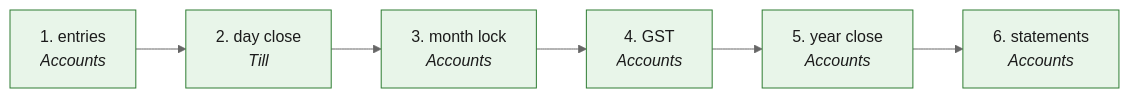
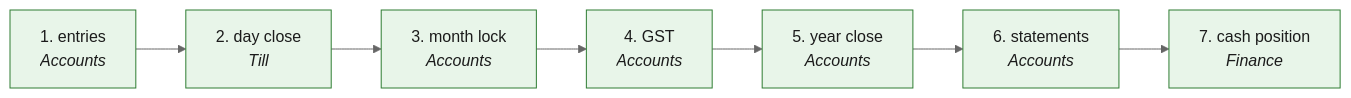
Before and after one commit to maharishia07/chitbridge-web: the diagram in docs/process/R2R.md, drawn with Mermaid (neutral theme). The commit also changed other lines of this file and 10 other files, not shown here.

First line of the commit message:
finance: F3 — the Cash tab (7/30-day cash position, the shortfall sentence on top, every figure the server's)

````diff
--- a/docs/process/R2R.md
+++ b/docs/process/R2R.md
@@ -7,14 +7,15 @@
 ```mermaid
 flowchart LR
   S1["1. entries<br/><i>Accounts</i>"]
   S2["2. day close<br/><i>Till</i>"]
   S3["3. month lock<br/><i>Accounts</i>"]
   S4["4. GST<br/><i>Accounts</i>"]
   S5["5. year close<br/><i>Accounts</i>"]
   S6["6. statements<br/><i>Accounts</i>"]
-  S1 --> S2 --> S3 --> S4 --> S5 --> S6
+  S7["7. cash position<br/><i>Finance</i>"]
+  S1 --> S2 --> S3 --> S4 --> S5 --> S6 --> S7
   classDef ok fill:#e8f5e9,stroke:#2e7d32,color:#1b1b1b
   classDef warn fill:#fff8e1,stroke:#f9a825,color:#1b1b1b
   classDef missing fill:#fafafa,stroke:#9e9e9e,stroke-dasharray:5 5,color:#616161
-  class S1,S2,S3,S4,S5,S6 ok
+  class S1,S2,S3,S4,S5,S6,S7 ok
 ```
````
